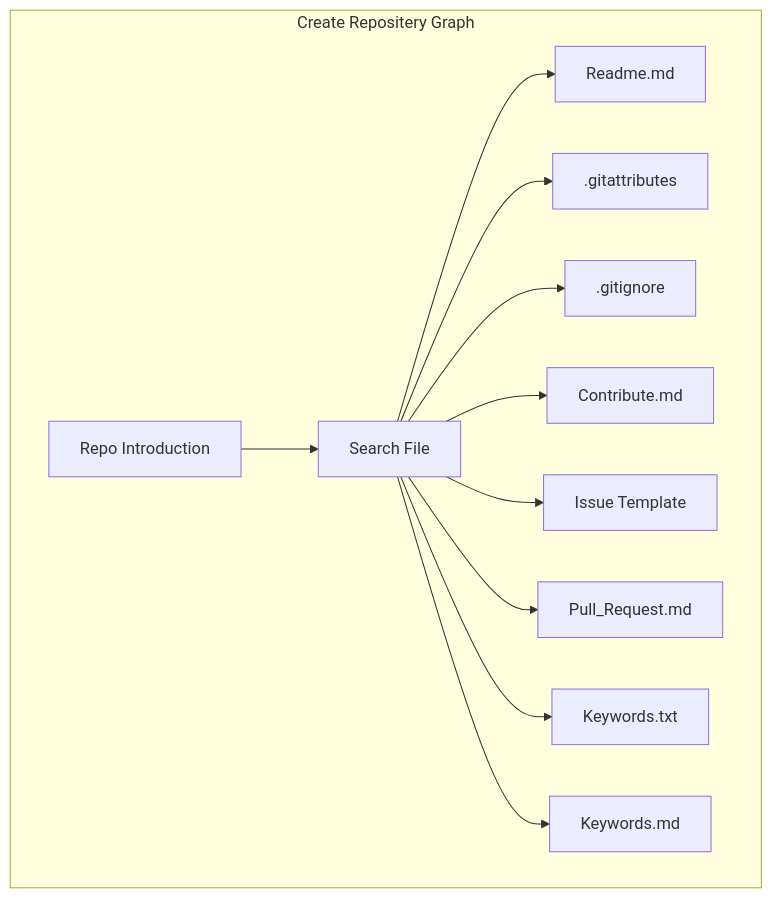
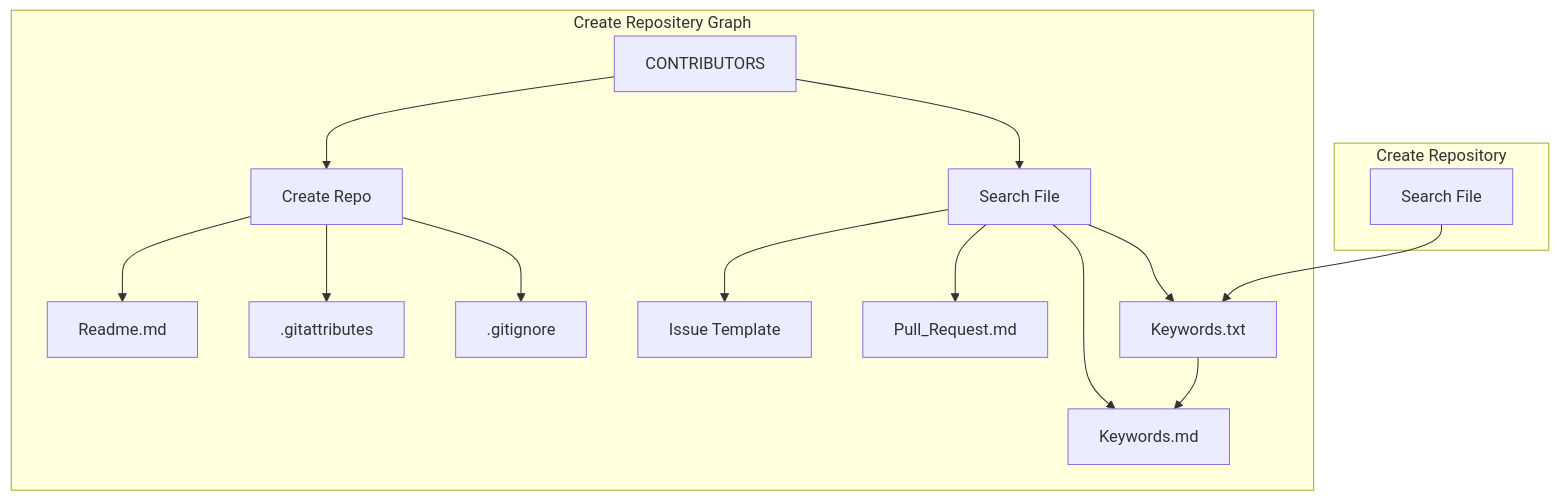
One commit to iamAntimPal/Web-Designing changed the first of 9 diagrams in Mermaid/repo.md. Above: the diagram before and after it, drawn with Mermaid. The commit also changed other lines of this file, not shown here.

````diff
--- a/Mermaid/repo.md
+++ b/Mermaid/repo.md
@@ -7,16 +7,19 @@
 ```mermaid
 graph TD
     subgraph  Create Repositery Graph
         A[Repo Introduction] --> B[Create Repo]
         B --> C[Readme.md]
         B --> D[.gitattributes]
         B --> E[.gitignore]
-        B[CONTRIBUTORS] --> G[Contribute.md]
-        B --> H[Issue Template]
-        B --> I[Pull_Request.md]
-        B[Search File] --> K[Keywords.txt]
-        B --> L[Keywords.md]
-        
+        A[CONTRIBUTORS] --> G[Contribute.md]
+        G --> H[Issue Template]
+        G --> I[Pull_Request.md]
+        G[Search File] --> K[Keywords.txt]
+        G --> L[Keywords.md]
+    end
+    subgraph Create Repository
+        J[Search File] --> K[Keywords.txt]
+        K --> L[Keywords.md]
     end
 
 ```
````
